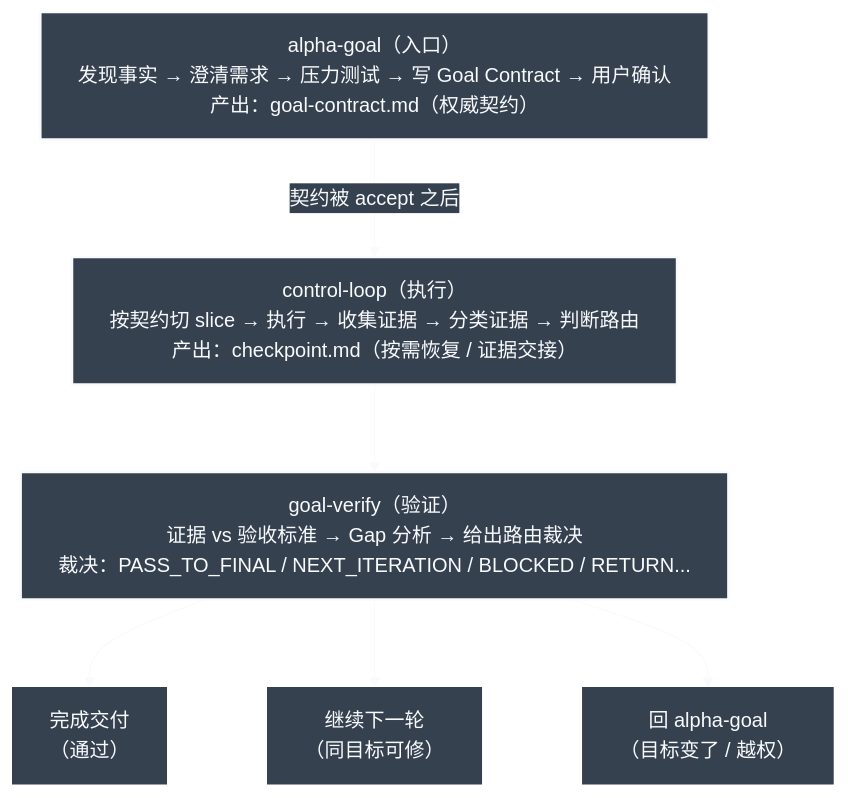
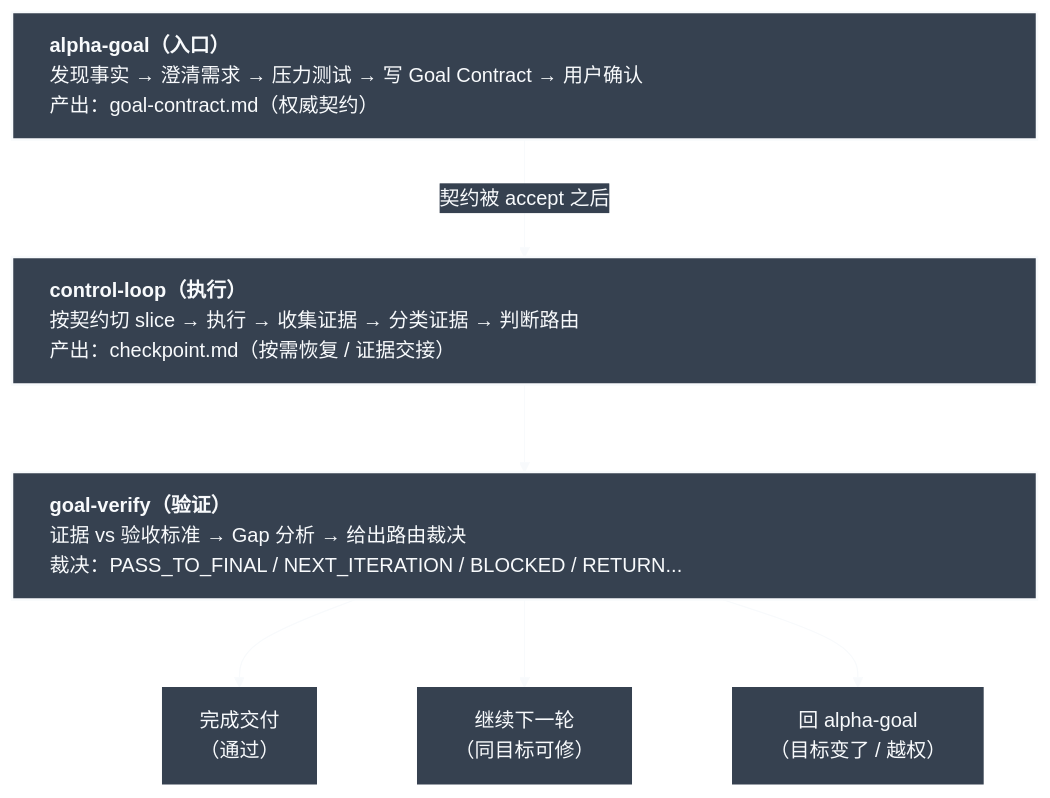
One commit to azhonglee/alpha-goal changed the diagram in README.md. Above: the diagram before and after it, drawn with Mermaid. The commit also changed 1 other file, not shown here.

Commit message:
Align README Mermaid stage labels

````diff
--- a/README.md
+++ b/README.md
@@ -42,18 +42,18 @@
 ```mermaid
 %%{init: {"theme":"base","flowchart":{"wrappingWidth":720,"nodeSpacing":80,"rankSpacing":70,"htmlLabels":true},"markdownAutoWrap":false,"themeVariables":{"background":"#364150","primaryColor":"#364150","primaryTextColor":"#f8fafc","primaryBorderColor":"#f8fafc","lineColor":"#f8fafc","edgeLabelBackground":"#364150","fontFamily":"ui-monospace, SFMono-Regular, Menlo, Monaco, Consolas, monospace"}}}%%
 flowchart TD
-  AG["alpha-goal（入口）<br/>发现事实 → 澄清需求 → 压力测试 → 写 Goal Contract → 用户确认<br/>产出：goal-contract.md（权威契约）"]
-  CL["control-loop（执行）<br/>按契约切 slice → 执行 → 收集证据 → 分类证据 → 判断路由<br/>产出：checkpoint.md（按需恢复 / 证据交接）"]
-  GV["goal-verify（验证）<br/>证据 vs 验收标准 → Gap 分析 → 给出路由裁决<br/>裁决：PASS_TO_FINAL / NEXT_ITERATION / BLOCKED / RETURN..."]
+  AG["<div style='width:760px;text-align:left'><strong>alpha-goal（入口）</strong><br/>发现事实 → 澄清需求 → 压力测试 → 写 Goal Contract → 用户确认<br/>产出：goal-contract.md（权威契约）</div>"]
+  CL["<div style='width:760px;text-align:left'><strong>control-loop（执行）</strong><br/>按契约切 slice → 执行 → 收集证据 → 分类证据 → 判断路由<br/>产出：checkpoint.md（按需恢复 / 证据交接）</div>"]
+  GV["<div style='width:760px;text-align:left'><strong>goal-verify（验证）</strong><br/>证据 vs 验收标准 → Gap 分析 → 给出路由裁决<br/>裁决：PASS_TO_FINAL / NEXT_ITERATION / BLOCKED / RETURN...</div>"]
 
   AG -->|"契约被 accept 之后"| CL
   CL --> GV
   GV --> Pass["完成交付<br/>（通过）"]
   GV --> Next["继续下一轮<br/>（同目标可修）"]
   GV --> Return["回 alpha-goal<br/>（目标变了 / 越权）"]
 
-  classDef stage fill:#364150,stroke:#f8fafc,color:#f8fafc,stroke-width:2px;
+  classDef stage fill:#364150,stroke:#f8fafc,color:#f8fafc,stroke-width:2px,text-align:left;
   classDef route fill:#364150,stroke:#364150,color:#f8fafc,stroke-width:0px;
   class AG,CL,GV stage;
   class Pass,Next,Return route;
 ```
````
